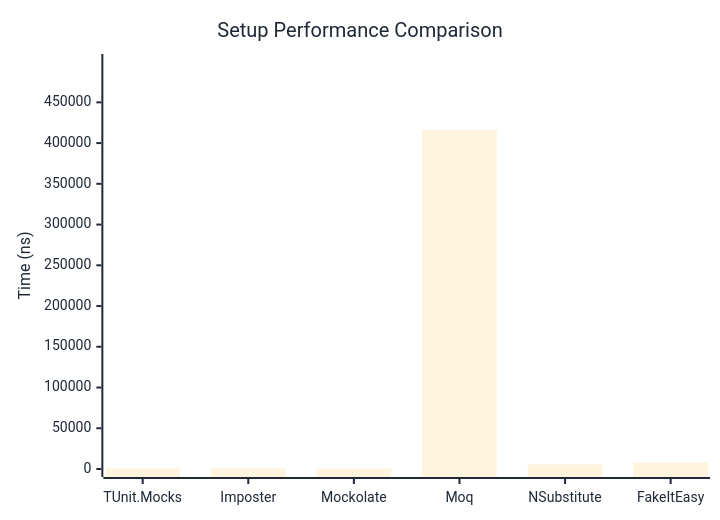
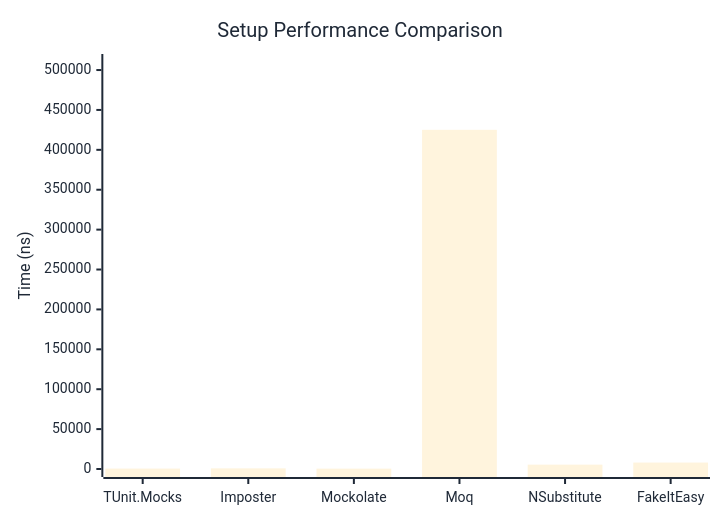
Before and after one commit to thomhurst/TUnit: the first of 2 diagrams in docs/docs/benchmarks/mocks/Setup.md, drawn with Mermaid. The commit also changed other lines of this file and 14 other files, not shown here.

````diff
--- a/docs/docs/benchmarks/mocks/Setup.md
+++ b/docs/docs/benchmarks/mocks/Setup.md
@@ -28,27 +28,27 @@
 ```mermaid
 %%{init: {
   'theme':'base',
   'themeVariables': {
     'primaryColor': '#2563eb',
     'primaryTextColor': '#1f2937',
     'primaryBorderColor': '#1e40af',
     'lineColor': '#6b7280',
     'secondaryColor': '#7c3aed',
     'tertiaryColor': '#dc2626',
     'background': '#ffffff',
     'pie1': '#2563eb',
     'pie2': '#7c3aed',
     'pie3': '#dc2626',
     'pie4': '#f59e0b',
     'pie5': '#10b981',
     'pie6': '#06b6d4',
     'pie7': '#ec4899',
     'pie8': '#6366f1'
   }
 }}%%
 xychart-beta
   title "Setup Performance Comparison"
   x-axis ["TUnit.Mocks", "Imposter", "Mockolate", "Moq", "NSubstitute", "FakeItEasy"]
-  y-axis "Time (ns)" 0 --> 499526
-  bar [537.4, 778.6, 434.5, 416271.5, 5555.9, 7968.6]
+  y-axis "Time (ns)" 0 --> 510077
+  bar [522.5, 802.5, 449.4, 425063.5, 5474.1, 8065]
 ```
````
